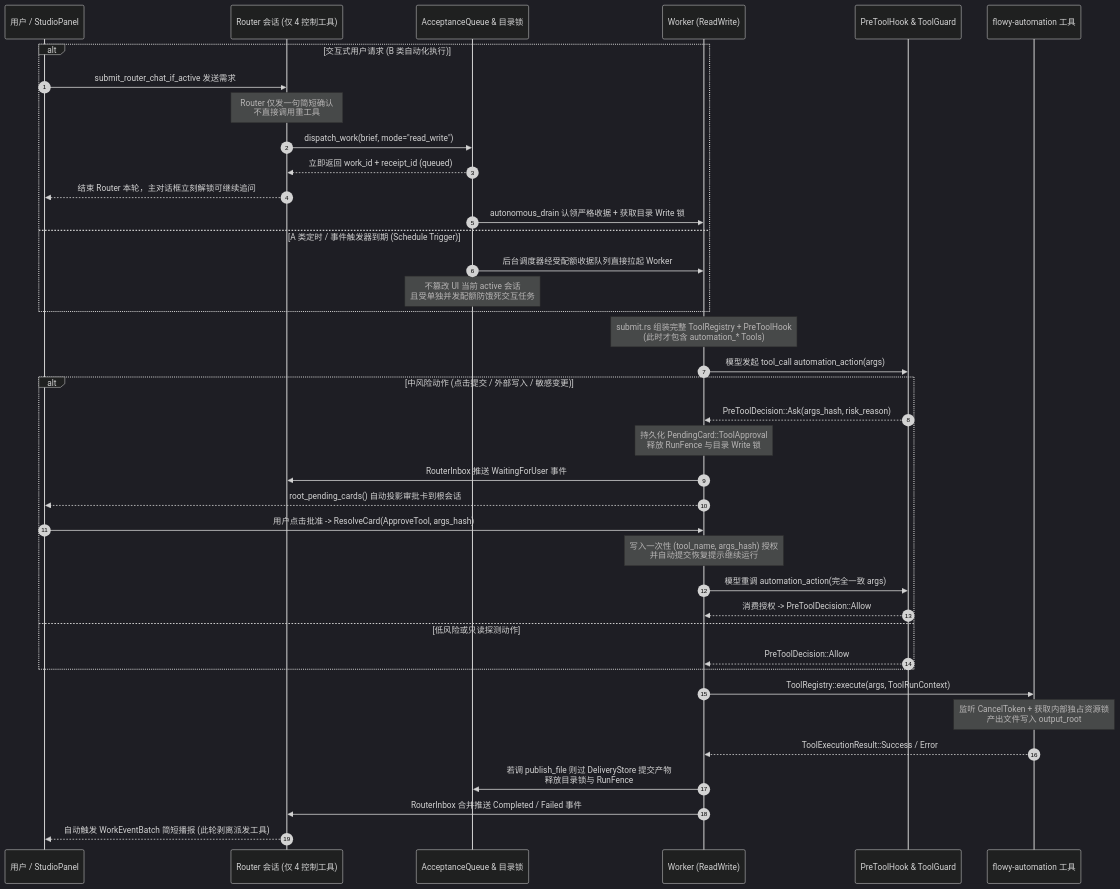
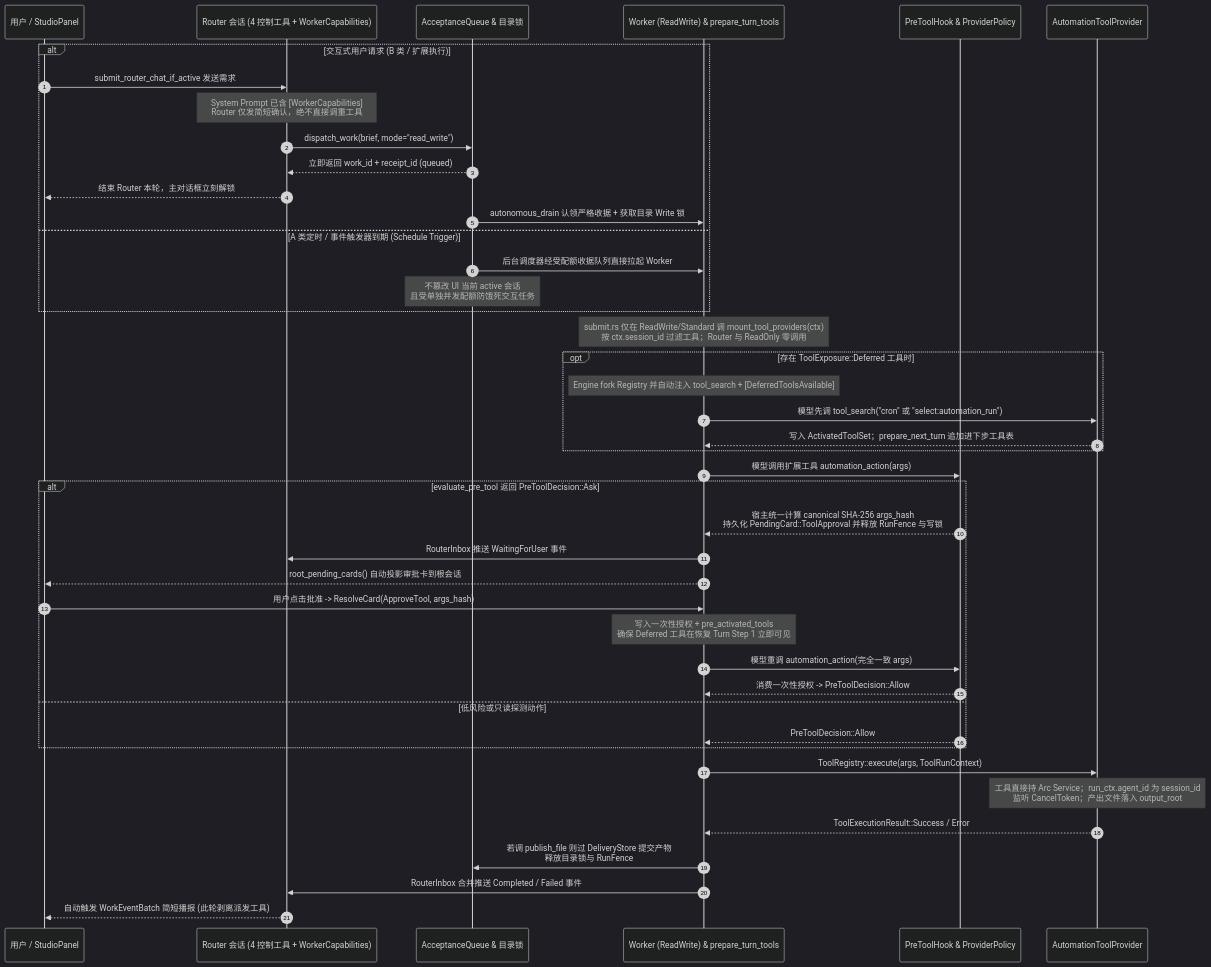
Before and after one commit to Michael-Lfx/allo: the second of 2 diagrams in flowy18_wip/docs/architecture/router-work-and-tool-extension.md, drawn with Mermaid (dark theme). The commit also changed other lines of this file and 1 other file, not shown here.

Commit message:
docs(flowy18): sync router/work architecture doc with ToolProvider and tool_search

````diff
--- a/flowy18_wip/docs/architecture/router-work-and-tool-extension.md
+++ b/flowy18_wip/docs/architecture/router-work-and-tool-extension.md
@@ -163,45 +169,50 @@
 ```mermaid
 sequenceDiagram
     autonumber
     participant U as 用户 / StudioPanel
-    participant R as Router 会话 (仅 4 控制工具)
+    participant R as Router 会话 (4 控制工具 + WorkerCapabilities)
     participant Q as AcceptanceQueue & 目录锁
-    participant W as Worker (ReadWrite)
-    participant H as PreToolHook & ToolGuard
-    participant T as flowy-automation 工具
+    participant W as Worker (ReadWrite) & prepare_turn_tools
+    participant H as PreToolHook & ProviderPolicy
+    participant T as AutomationToolProvider
 
-    alt 交互式用户请求 (B 类自动化执行)
+    alt 交互式用户请求 (B 类 / 扩展执行)
         U->>R: submit_router_chat_if_active 发送需求
-        Note over R: Router 仅发一句简短确认<br/>不直接调用重工具
+        Note over R: System Prompt 已含 [WorkerCapabilities]<br/>Router 仅发简短确认，绝不直接调重工具
         R->>Q: dispatch_work(brief, mode="read_write")
         Q-->>R: 立即返回 work_id + receipt_id (queued)
-        R-->>U: 结束 Router 本轮，主对话框立刻解锁可继续追问
+        R-->>U: 结束 Router 本轮，主对话框立刻解锁
         Q->>W: autonomous_drain 认领严格收据 + 获取目录 Write 锁
     else A 类定时 / 事件触发器到期 (Schedule Trigger)
         Q->>W: 后台调度器经受配额收据队列直接拉起 Worker
         Note over Q: 不篡改 UI 当前 active 会话<br/>且受单独并发配额防饿死交互任务
     end
 
-    Note over W: submit.rs 组装完整 ToolRegistry + PreToolHook<br/>(此时才包含 automation_* Tools)
-    W->>H: 模型发起 tool_call automation_action(args)
+    Note over W: submit.rs 仅在 ReadWrite/Standard 调 mount_tool_providers(ctx)<br/>按 ctx.session_id 过滤工具；Router 与 ReadOnly 零调用
+    opt 存在 ToolExposure::Deferred 工具时
+        Note over W: Engine fork Registry 并自动注入 tool_search + [DeferredToolsAvailable]
+        W->>T: 模型先调 tool_search("cron" 或 "select:automation_run")
+        T-->>W: 写入 ActivatedToolSet；prepare_next_turn 追加进下步工具表
+    end
 
-    alt 中风险动作 (点击提交 / 外部写入 / 敏感变更)
-        H-->>W: PreToolDecision::Ask(args_hash, risk_reason)
-        Note over W: 持久化 PendingCard::ToolApproval<br/>释放 RunFence 与目录 Write 锁
+    W->>H: 模型调用扩展工具 automation_action(args)
+
+    alt evaluate_pre_tool 返回 PreToolDecision::Ask
+        H-->>W: 宿主统一计算 canonical SHA-256 args_hash<br/>持久化 PendingCard::ToolApproval 并释放 RunFence 与写锁
         W->>R: RouterInbox 推送 WaitingForUser 事件
         W-->>U: root_pending_cards() 自动投影审批卡到根会话
         U->>W: 用户点击批准 -> ResolveCard(ApproveTool, args_hash)
-        Note over W: 写入一次性 (tool_name, args_hash) 授权<br/>并自动提交恢复提示继续运行
+        Note over W: 写入一次性授权 + pre_activated_tools<br/>确保 Deferred 工具在恢复 Turn Step 1 立即可见
         W->>H: 模型重调 automation_action(完全一致 args)
-        H-->>W: 消费授权 -> PreToolDecision::Allow
+        H-->>W: 消费一次性授权 -> PreToolDecision::Allow
     else 低风险或只读探测动作
         H-->>W: PreToolDecision::Allow
     end
 
     W->>T: ToolRegistry::execute(args, ToolRunContext)
-    Note over T: 监听 CancelToken + 获取内部独占资源锁<br/>产出文件写入 output_root
+    Note over T: 工具直接持 Arc Service；run_ctx.agent_id 为 session_id<br/>监听 CancelToken；产出文件落入 output_root
     T-->>W: ToolExecutionResult::Success / Error
     W->>Q: 若调 publish_file 则过 DeliveryStore 提交产物<br/>释放目录锁与 RunFence
     W->>R: RouterInbox 合并推送 Completed / Failed 事件
     R-->>U: 自动触发 WorkEventBatch 简短播报 (此轮剥离派发工具)
 ```
````
